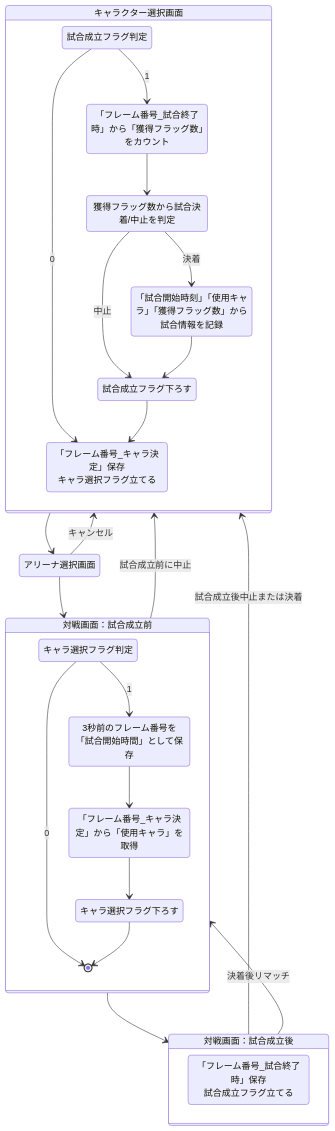
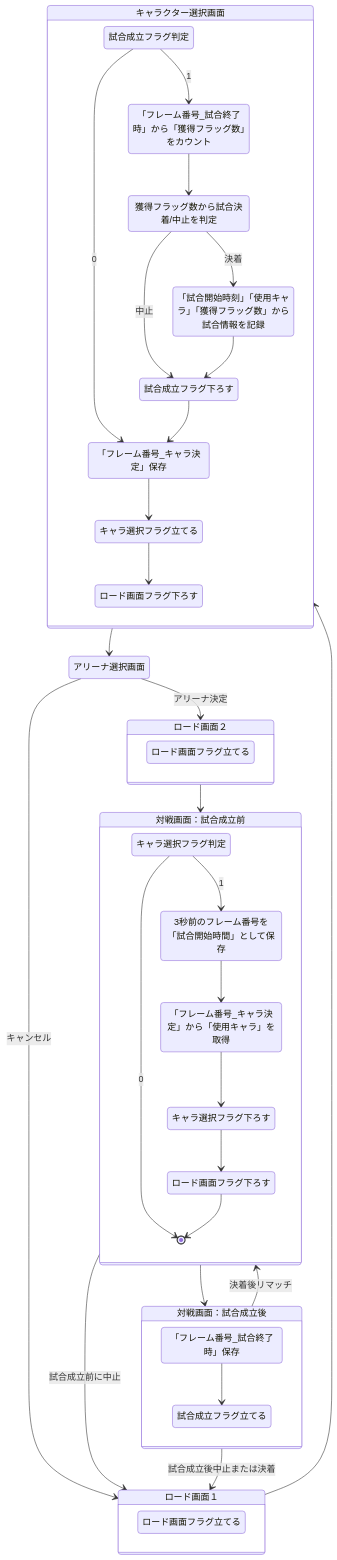
One commit to zbb00732/hq_timestamps_next changed the diagram in work/statetransition.mmd. Above: the diagram before and after it, drawn with Mermaid. The commit also changed 41 other files, not shown here.

```diff
--- a/work/statetransition.mmd
+++ b/work/statetransition.mmd
@@ -1,49 +1,72 @@
 stateDiagram-v2
 s1: キャラクター選択画面
 s2: アリーナ選択画面
 s3: 対戦画面：試合成立前
 s4: 対戦画面：試合成立後
+s5: ロード画面１
+s6: ロード画面２
 
+s5 --> s1
 s1 --> s2
-s2 --> s3
-s2 --> s1: キャンセル
-s3 --> s1: 試合成立前に中止
+s2 --> s6: アリーナ決定
+s6 --> s3
+s2 --> s5: キャンセル
+s3 --> s5: 試合成立前に中止
 s3 --> s4
-s4 --> s1: 試合成立後中止または決着
+s4 --> s5: 試合成立後中止または決着
 s4 --> s3: 決着後リマッチ
 
 p11: 試合成立フラグ判定
 p12: 「フレーム番号_試合終了時」から「獲得フラッグ数」をカウント
 p13: 獲得フラッグ数から試合決着/中止を判定
 p14: 「試合開始時刻」「使用キャラ」「獲得フラッグ数」から試合情報を記録
 p15: 試合成立フラグ下ろす
-p16: 「フレーム番号_キャラ決定」保存<br>キャラ選択フラグ立てる
+p16: 「フレーム番号_キャラ決定」保存
+p17: キャラ選択フラグ立てる
+p18: ロード画面フラグ下ろす
 
 state s1 {
   p11 --> p12: 1
   p11 --> p16: 0
   p12 --> p13
   p13 --> p14: 決着
   p13 --> p15: 中止
   p14 --> p15
   p15 --> p16
+  p16 --> p17
+  p17 --> p18
 }
 
 p31: キャラ選択フラグ判定
 p32: 3秒前のフレーム番号を「試合開始時間」として保存
 p33: 「フレーム番号_キャラ決定」から「使用キャラ」を取得
 p34: キャラ選択フラグ下ろす
+p35: ロード画面フラグ下ろす
 
 state s3 {
   p31 --> p32: 1
   p31 --> [*]: 0
   p32 --> p33
   p33 --> p34
-  p34 --> [*]
+  p34 --> p35
+  p35 --> [*]
 }
 
-p41: 「フレーム番号_試合終了時」保存<br>試合成立フラグ立てる
+p41: 「フレーム番号_試合終了時」保存
+p42: 試合成立フラグ立てる
 
 state s4 {
-  p41
+  p41 --> p42
 }
+
+p51: ロード画面フラグ立てる
+
+state s5 {
+  p51
+}
+
+p61: ロード画面フラグ立てる
+
+state s6 {
+  p61
+}
```
